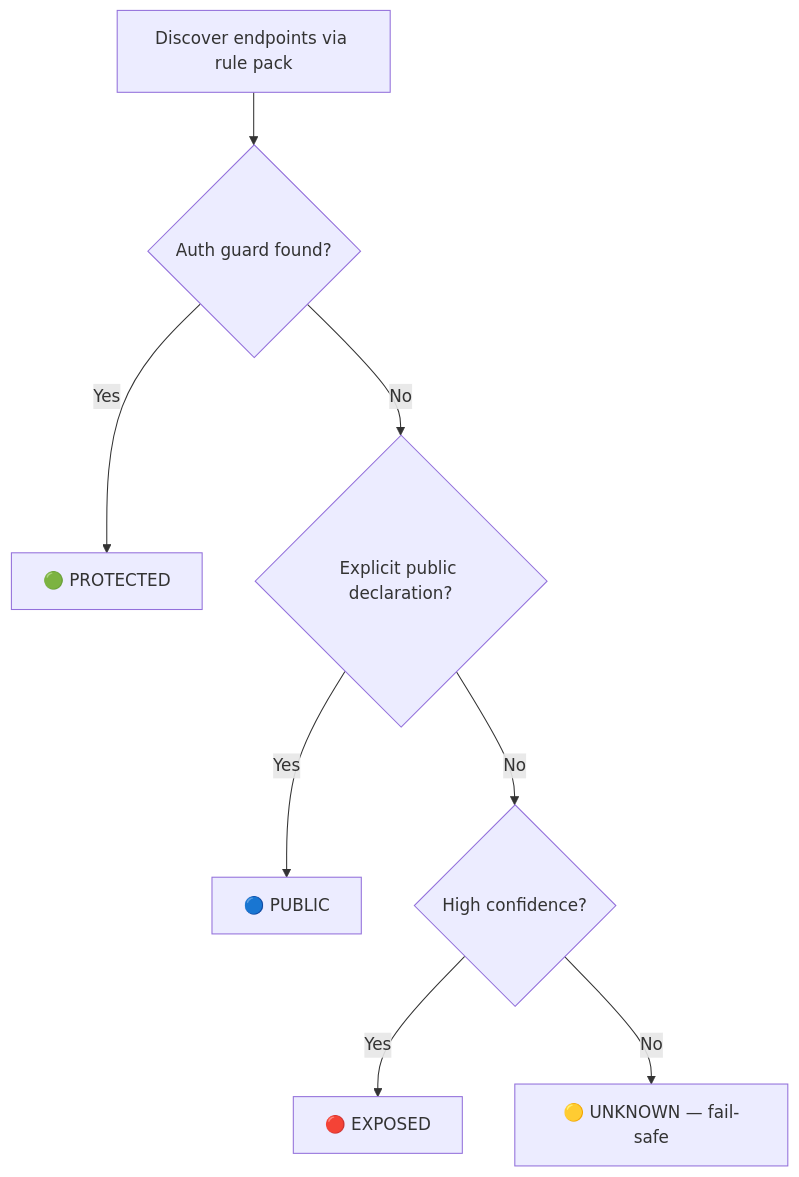
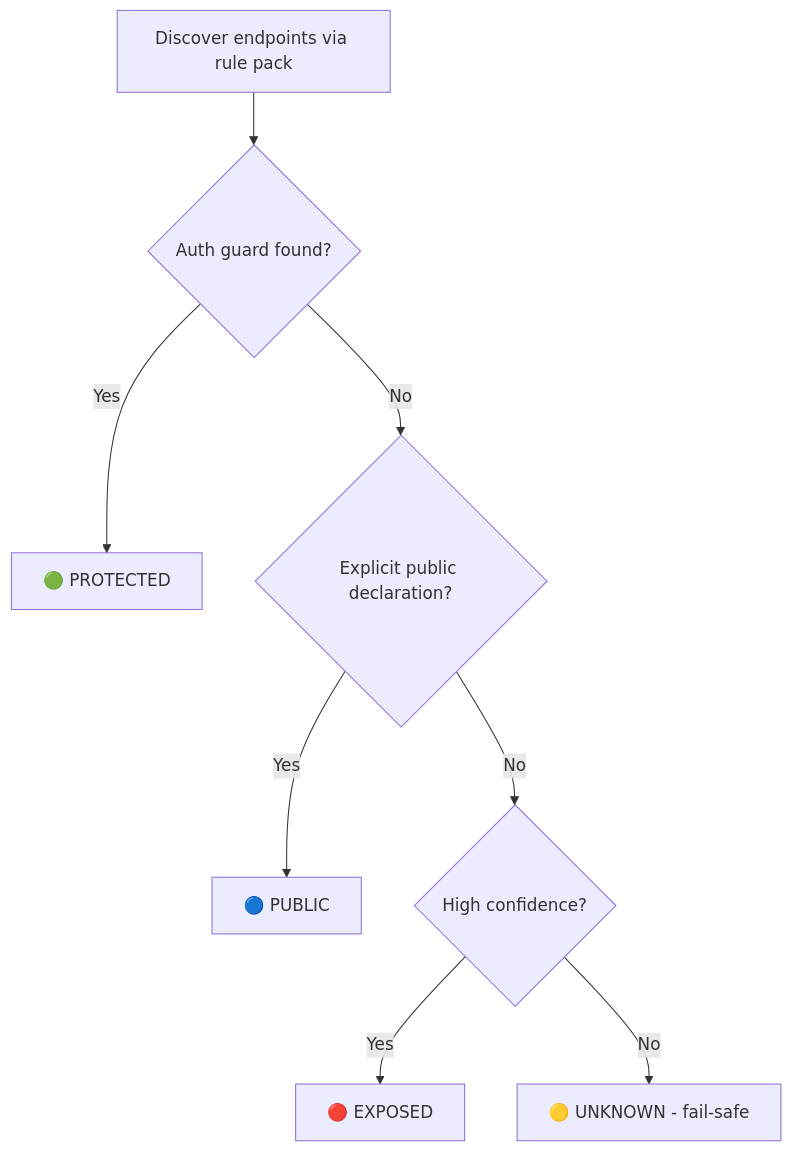
Before and after one commit to cipheraenys/endpoint-auth-mapper: the diagram in README.md, drawn with Mermaid. The commit also changed other lines of this file and 2 other files, not shown here.

````diff
--- a/README.md
+++ b/README.md
@@ -147,10 +147,10 @@
 ```mermaid
 flowchart TD
     A[Discover endpoints via rule pack] --> B{Auth guard found?}
     B -->|Yes| C["🟢 PROTECTED"]
     B -->|No| D{Explicit public declaration?}
     D -->|Yes| E["🔵 PUBLIC"]
     D -->|No| F{High confidence?}
     F -->|Yes| G["🔴 EXPOSED"]
-    F -->|No| H["🟡 UNKNOWN — fail-safe"]
+    F -->|No| H["🟡 UNKNOWN - fail-safe"]
 ```
````
